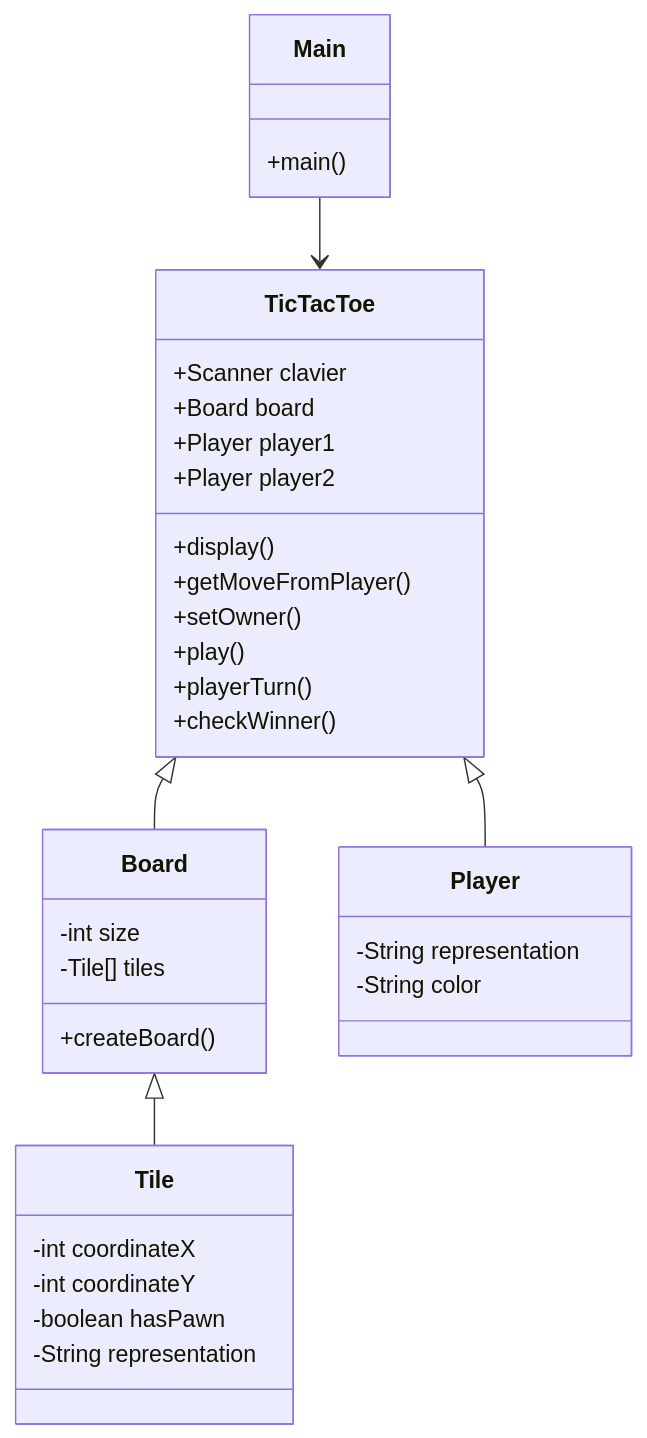
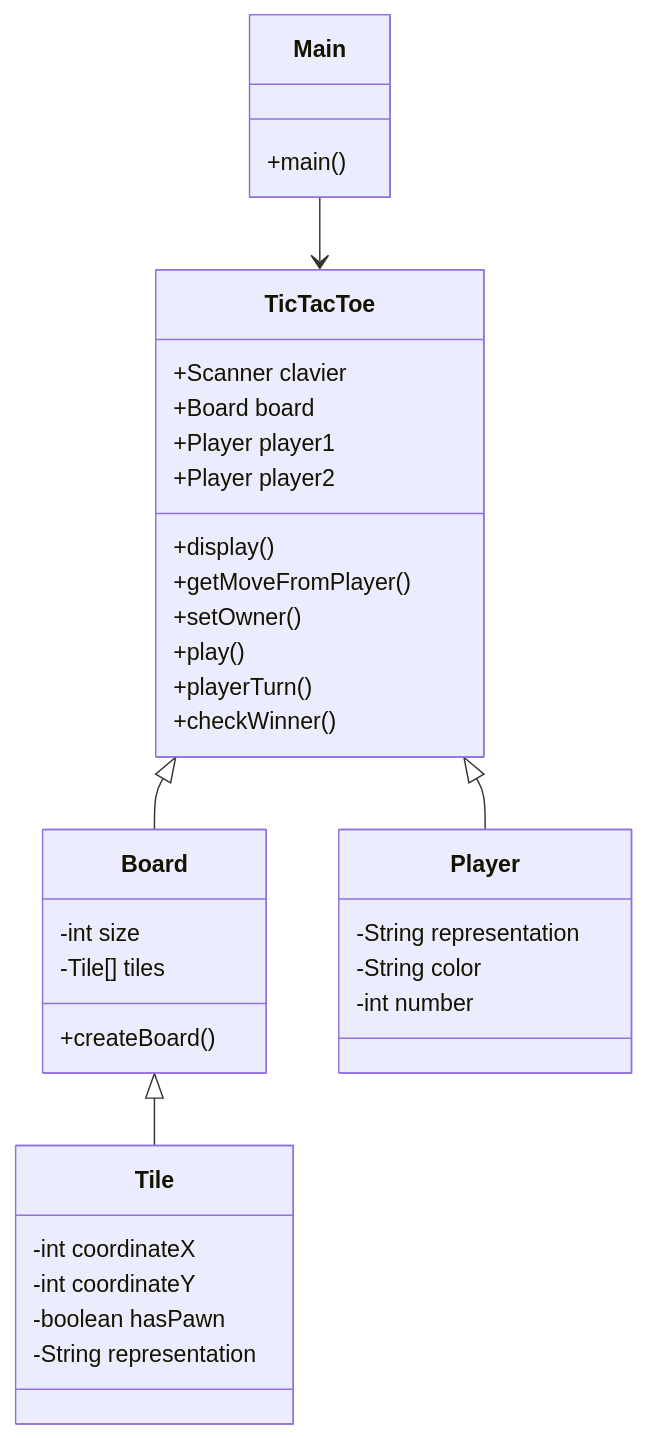
Before and after one commit to loic-job-dev/TicTacToe: the diagram in README.md, drawn with Mermaid. The commit also changed 3 other files, not shown here.

````diff
--- a/README.md
+++ b/README.md
@@ -14,41 +14,42 @@
 ```mermaid
 classDiagram
     class Main {
         +main()
     }
     Main --> TicTacToe
 
     class TicTacToe {
         +Scanner clavier
         +Board board
         +Player player1
         +Player player2
         +display()
         +getMoveFromPlayer()
         +setOwner()
         +play()
         +playerTurn()
         +checkWinner()
     }
     TicTacToe <|-- Board
     TicTacToe <|-- Player
 
     class Board {
         -int size
         -Tile[] tiles
         +createBoard()
     }
     Board <|-- Tile
 
     class Tile {
         -int coordinateX
         -int coordinateY
         -boolean hasPawn
         -String representation
     }
 
     class Player {
         -String representation
         -String color
+        -int number
     }
 ```
````
